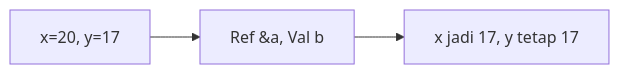
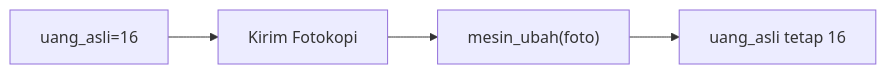
One commit to amnahwaida/OSNK_INF_PREP changed diagram 14 of 25 in part-c-pemahaman-cpp/04-fungsi/latihan/set-09.md. Above: the diagram before and after it, drawn with Mermaid. The commit also changed other lines of this file and 71 other files, not shown here.

````diff
--- a/part-c-pemahaman-cpp/04-fungsi/latihan/set-09.md
+++ b/part-c-pemahaman-cpp/04-fungsi/latihan/set-09.md
@@ -366,5 +385,6 @@
 ```mermaid
 graph LR
-A["x=20, y=17"] --> B["Ref &a, Val b"]
-B --> C["x jadi 17, y tetap 17"]
+A["uang_asli=16"] --> B["Kirim Fotokopi"]
+B --> C["mesin_ubah(foto)"]
+C --> D["uang_asli tetap 16"]
 ```
````
